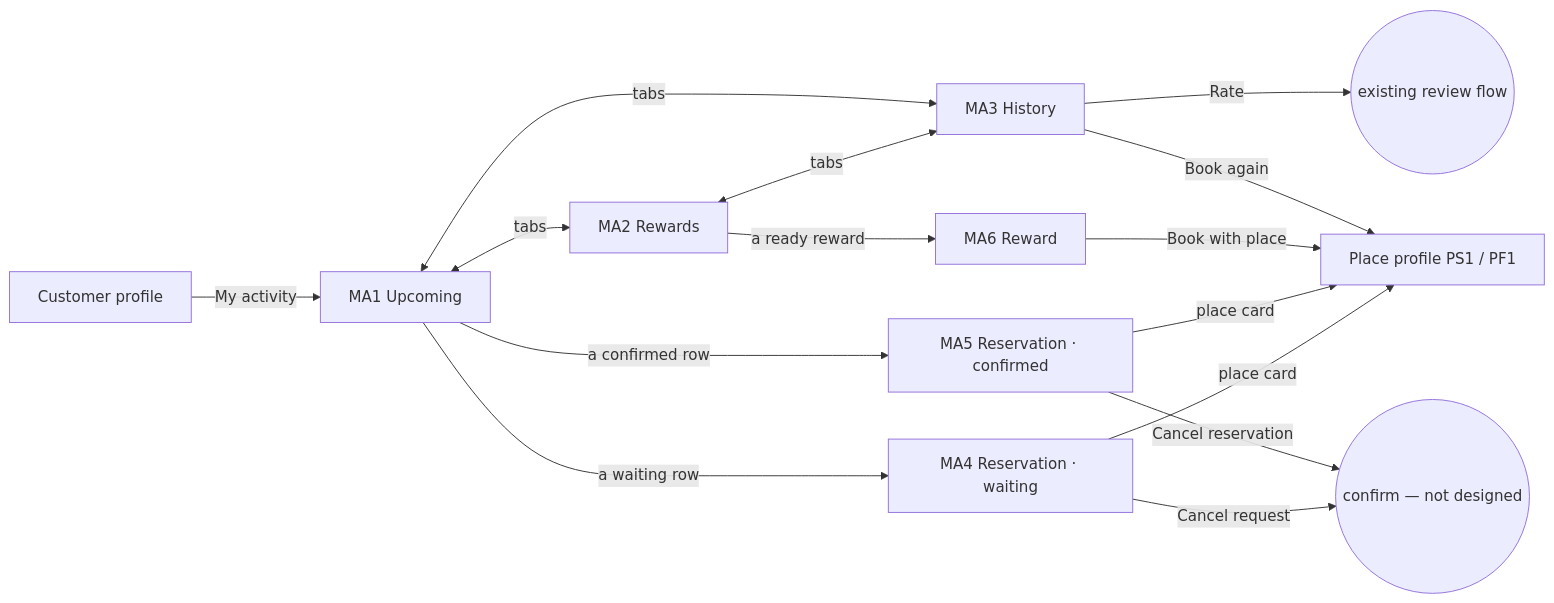
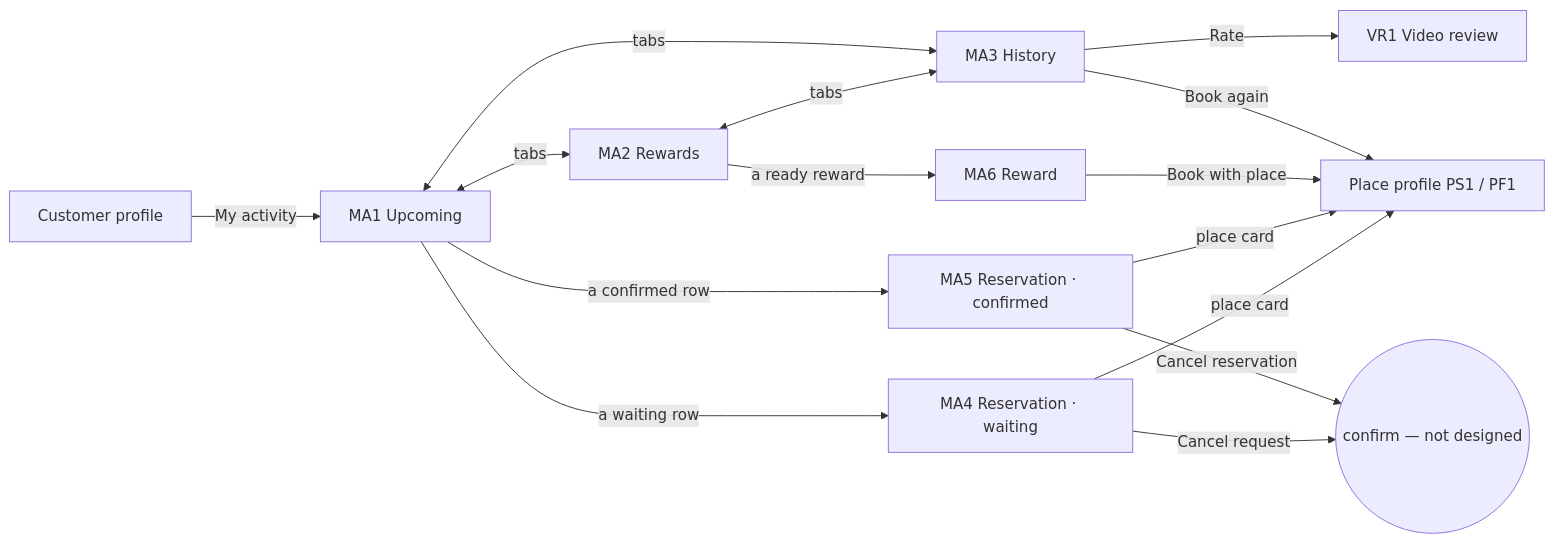
Before and after one commit to VladRachita/merg-harness-test: the diagram in design-handoff/docs/15-my-activity.md, drawn with Mermaid. The commit also changed other lines of this file and 51 other files, not shown here.

````diff
--- a/design-handoff/docs/15-my-activity.md
+++ b/design-handoff/docs/15-my-activity.md
@@ -39,16 +39,16 @@
 ```mermaid
 flowchart LR
   PR[Customer profile] -- My activity --> MA1[MA1 Upcoming]
   MA1 <-- tabs --> MA2[MA2 Rewards]
   MA2 <-- tabs --> MA3[MA3 History]
   MA1 <-- tabs --> MA3
   MA1 -- a waiting row --> MA4[MA4 Reservation · waiting]
   MA1 -- a confirmed row --> MA5[MA5 Reservation · confirmed]
   MA4 & MA5 -- place card --> PROF[Place profile PS1 / PF1]
   MA4 -- Cancel request --> CXL((confirm — not designed))
   MA5 -- Cancel reservation --> CXL
   MA2 -- a ready reward --> MA6[MA6 Reward]
   MA6 -- Book with place --> PROF
   MA3 -- Book again --> PROF
-  MA3 -- Rate --> REV((existing review flow))
+  MA3 -- Rate --> VR1[VR1 Video review]
 ```
````
